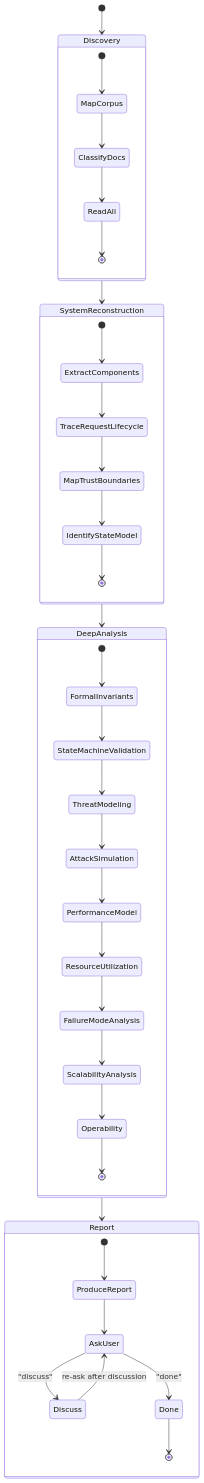
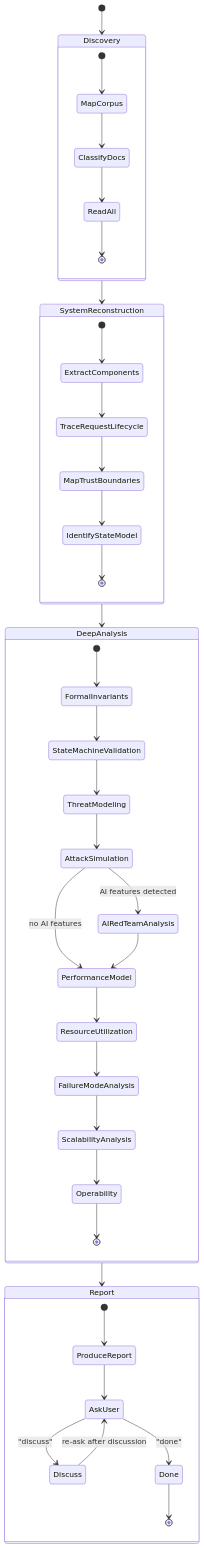
Before and after one commit to paixaop/my-claude-skills: the diagram in plugins/pmp/skills/pmp/references/spec-review.md, drawn with Mermaid. The commit also changed other lines of this file and 3 other files, not shown here.

First line of the commit message:
Add AI red team attack analysis to spec review workflow

````diff
--- a/plugins/pmp/skills/pmp/references/spec-review.md
+++ b/plugins/pmp/skills/pmp/references/spec-review.md
@@ -49,46 +49,48 @@
 ```mermaid
 stateDiagram-v2
     [*] --> Discovery
     Discovery --> SystemReconstruction
     SystemReconstruction --> DeepAnalysis
     DeepAnalysis --> Report
 
     state Discovery {
         [*] --> MapCorpus
         MapCorpus --> ClassifyDocs
         ClassifyDocs --> ReadAll
         ReadAll --> [*]
     }
 
     state SystemReconstruction {
         [*] --> ExtractComponents
         ExtractComponents --> TraceRequestLifecycle
         TraceRequestLifecycle --> MapTrustBoundaries
         MapTrustBoundaries --> IdentifyStateModel
         IdentifyStateModel --> [*]
     }
 
     state DeepAnalysis {
         [*] --> FormalInvariants
         FormalInvariants --> StateMachineValidation
         StateMachineValidation --> ThreatModeling
         ThreatModeling --> AttackSimulation
-        AttackSimulation --> PerformanceModel
+        AttackSimulation --> AIRedTeamAnalysis : AI features detected
+        AttackSimulation --> PerformanceModel : no AI features
+        AIRedTeamAnalysis --> PerformanceModel
         PerformanceModel --> ResourceUtilization
         ResourceUtilization --> FailureModeAnalysis
         FailureModeAnalysis --> ScalabilityAnalysis
         ScalabilityAnalysis --> Operability
         Operability --> [*]
     }
 
     state Report {
         [*] --> ProduceReport
         ProduceReport --> AskUser
 
         AskUser --> Discuss : "discuss"
         AskUser --> Done : "done"
 
         Discuss --> AskUser : re-ask after discussion
         Done --> [*]
     }
 ```
````
